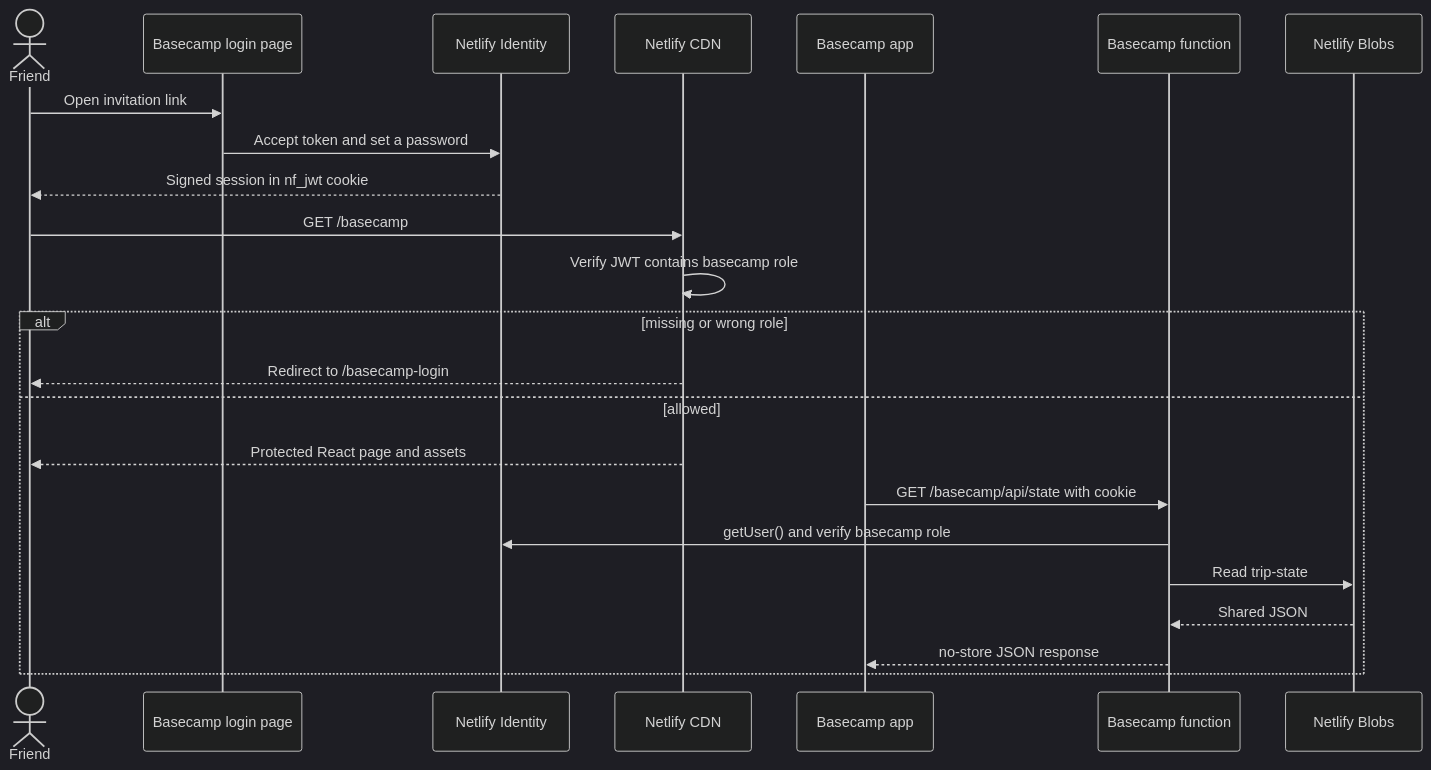
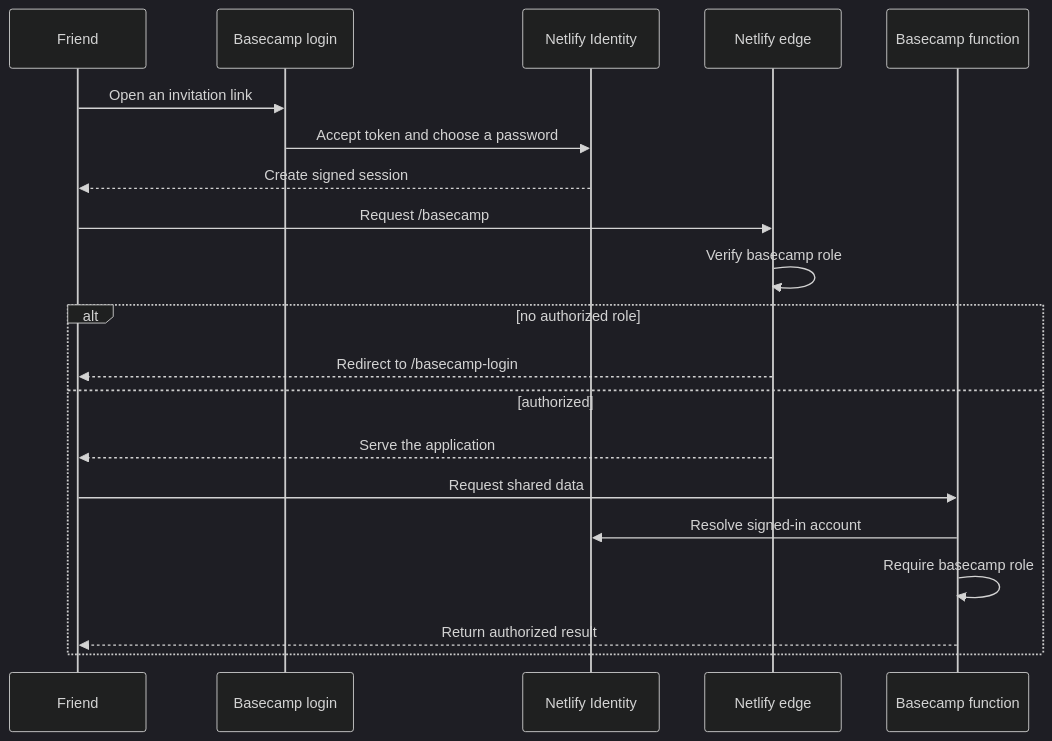
Before and after one commit to Priitivi/Portfolio: the second of 5 diagrams in docs/basecamp-architecture.md, drawn with Mermaid (dark theme). The commit also changed other lines of this file and 9 other files, not shown here.

````diff
--- a/docs/basecamp-architecture.md
+++ b/docs/basecamp-architecture.md
@@ -65,26 +106,23 @@
 ```mermaid
 sequenceDiagram
-    actor Friend
-    participant Login as Basecamp login page
+    participant Friend
+    participant Login as Basecamp login
     participant Identity as Netlify Identity
-    participant Edge as Netlify CDN
-    participant App as Basecamp app
+    participant Edge as Netlify edge
     participant API as Basecamp function
-    participant Blobs as Netlify Blobs
 
-    Friend->>Login: Open invitation link
-    Login->>Identity: Accept token and set a password
-    Identity-->>Friend: Signed session in nf_jwt cookie
-    Friend->>Edge: GET /basecamp
-    Edge->>Edge: Verify JWT contains basecamp role
-    alt missing or wrong role
+    Friend->>Login: Open an invitation link
+    Login->>Identity: Accept token and choose a password
+    Identity-->>Friend: Create signed session
+    Friend->>Edge: Request /basecamp
+    Edge->>Edge: Verify basecamp role
+    alt no authorized role
         Edge-->>Friend: Redirect to /basecamp-login
-    else allowed
-        Edge-->>Friend: Protected React page and assets
-        App->>API: GET /basecamp/api/state with cookie
-        API->>Identity: getUser() and verify basecamp role
-        API->>Blobs: Read trip-state
-        Blobs-->>API: Shared JSON
-        API-->>App: no-store JSON response
+    else authorized
+        Edge-->>Friend: Serve the application
+        Friend->>API: Request shared data
+        API->>Identity: Resolve signed-in account
+        API->>API: Require basecamp role
+        API-->>Friend: Return authorized result
     end
 ```
````
